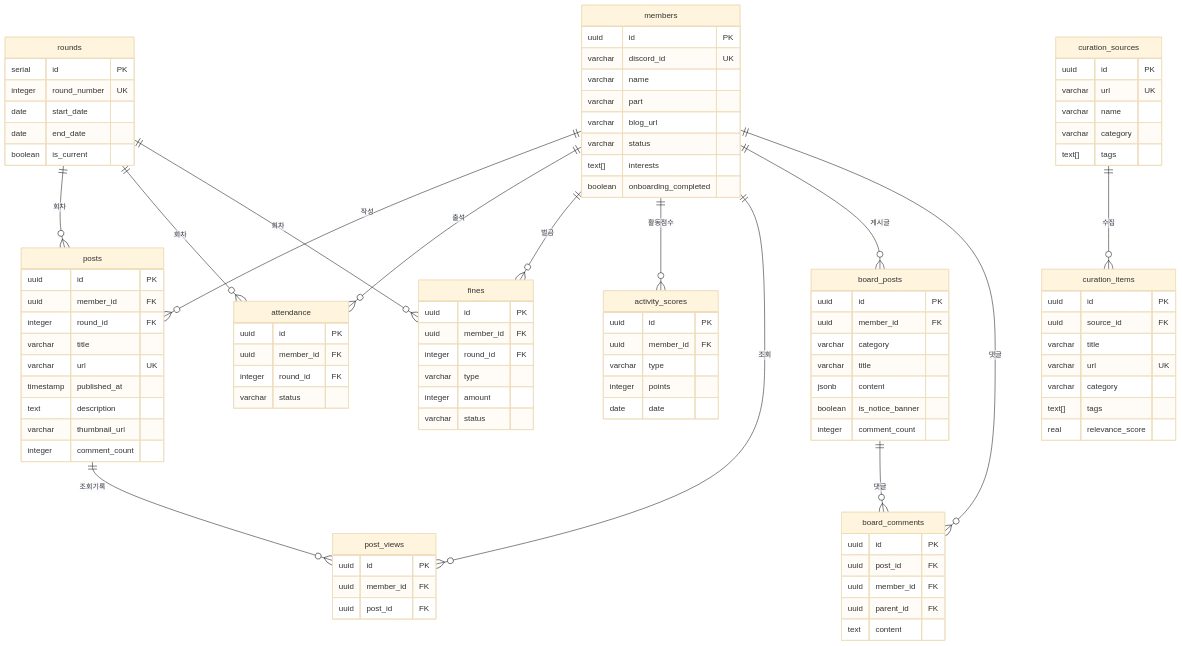
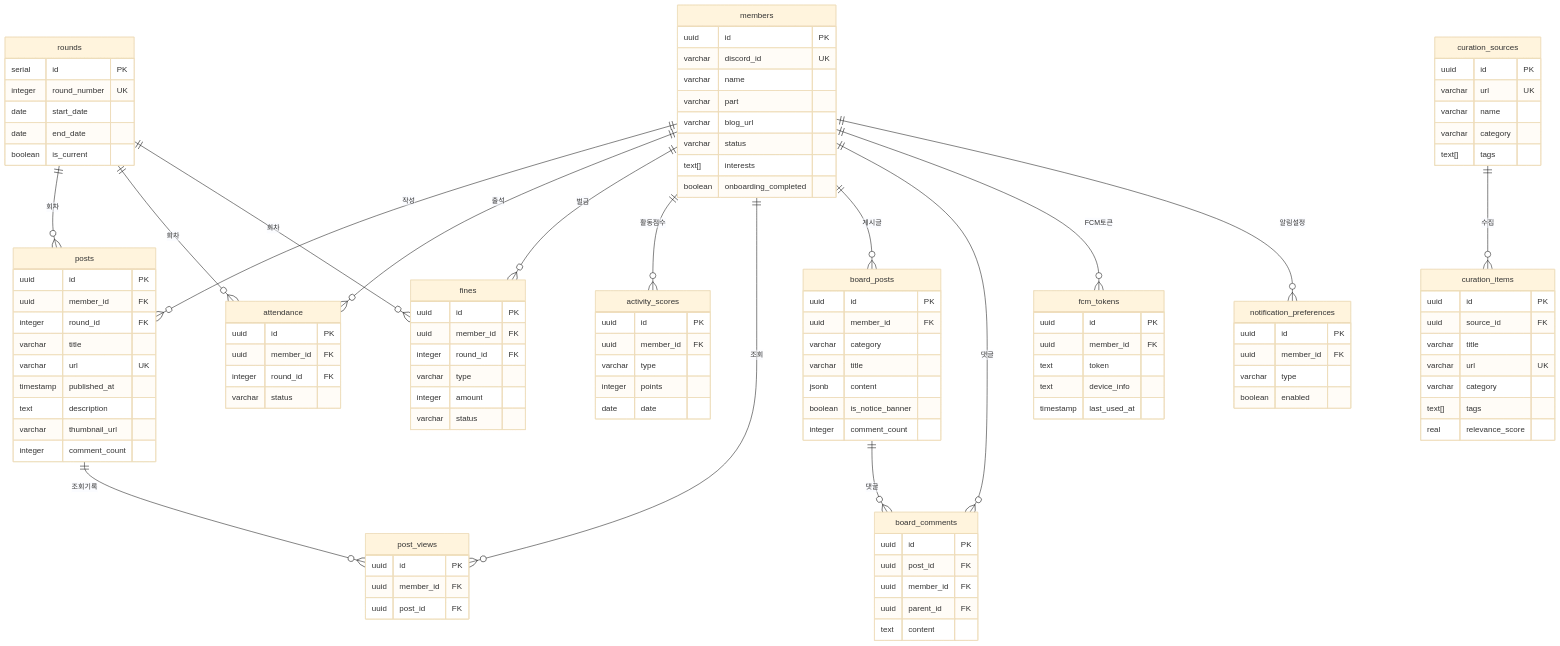
Before and after one commit to bbbang105/study-admin: the eighth of 9 diagrams in docs/ARCHITECTURE.md, drawn with Mermaid (base theme). The commit also changed other lines of this file and 28 other files, not shown here.

```diff
--- a/docs/ARCHITECTURE.md
+++ b/docs/ARCHITECTURE.md
@@ -289,6 +299,8 @@
     members ||--o{ post_views : "조회"
     members ||--o{ board_posts : "게시글"
     members ||--o{ board_comments : "댓글"
+    members ||--o{ fcm_tokens : "FCM토큰"
+    members ||--o{ notification_preferences : "알림설정"
     rounds ||--o{ posts : "회차"
     rounds ||--o{ attendance : "회차"
     rounds ||--o{ fines : "회차"
@@ -383,6 +395,21 @@
         text[] tags
     }
 
+    fcm_tokens {
+        uuid id PK
+        uuid member_id FK
+        text token
+        text device_info
+        timestamp last_used_at
+    }
+
+    notification_preferences {
+        uuid id PK
+        uuid member_id FK
+        varchar type
+        boolean enabled
+    }
+
     curation_items {
         uuid id PK
         uuid source_id FK
```
